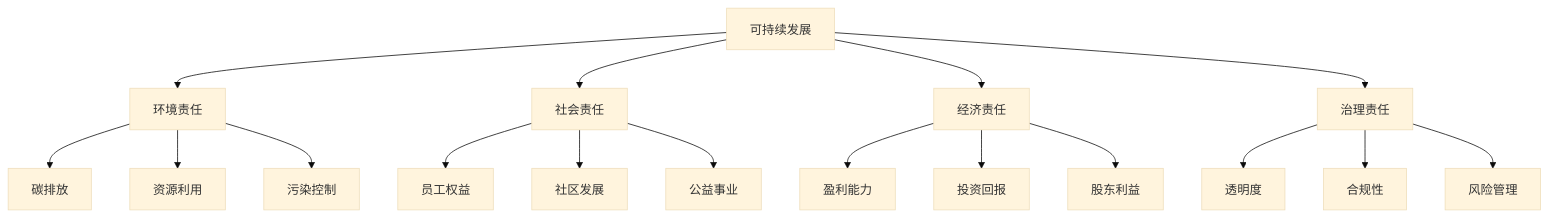
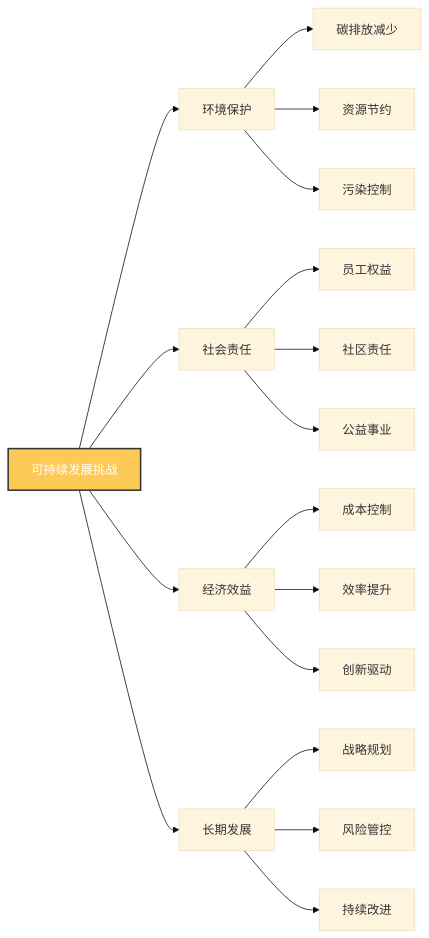
Before and after one commit to Anping2017/obsidian: the fifth of 9 diagrams in 企业领导力/01-基础认知层/04-现代领导力挑战.md, drawn with Mermaid (base theme). The commit also changed other lines of this file and 8 other files, not shown here.

````diff
--- a/企业领导力/01-基础认知层/04-现代领导力挑战.md
+++ b/企业领导力/01-基础认知层/04-现代领导力挑战.md
@@ -131,23 +140,25 @@
 ```mermaid
-graph TD
-    A[可持续发展] --> B[环境责任]
+graph LR
+    A[可持续发展挑战] --> B[环境保护]
     A --> C[社会责任]
-    A --> D[经济责任]
-    A --> E[治理责任]
+    A --> D[经济效益]
+    A --> E[长期发展]
     
-    B --> B1[碳排放]
-    B --> B2[资源利用]
+    B --> B1[碳排放减少]
+    B --> B2[资源节约]
     B --> B3[污染控制]
     
     C --> C1[员工权益]
-    C --> C2[社区发展]
+    C --> C2[社区责任]
     C --> C3[公益事业]
     
-    D --> D1[盈利能力]
-    D --> D2[投资回报]
-    D --> D3[股东利益]
+    D --> D1[成本控制]
+    D --> D2[效率提升]
+    D --> D3[创新驱动]
     
-    E --> E1[透明度]
-    E --> E2[合规性]
-    E --> E3[风险管理]
+    E --> E1[战略规划]
+    E --> E2[风险管控]
+    E --> E3[持续改进]
+    
+    style A fill:#feca57,stroke:#333,stroke-width:2px,color:#fff
 ```
````
